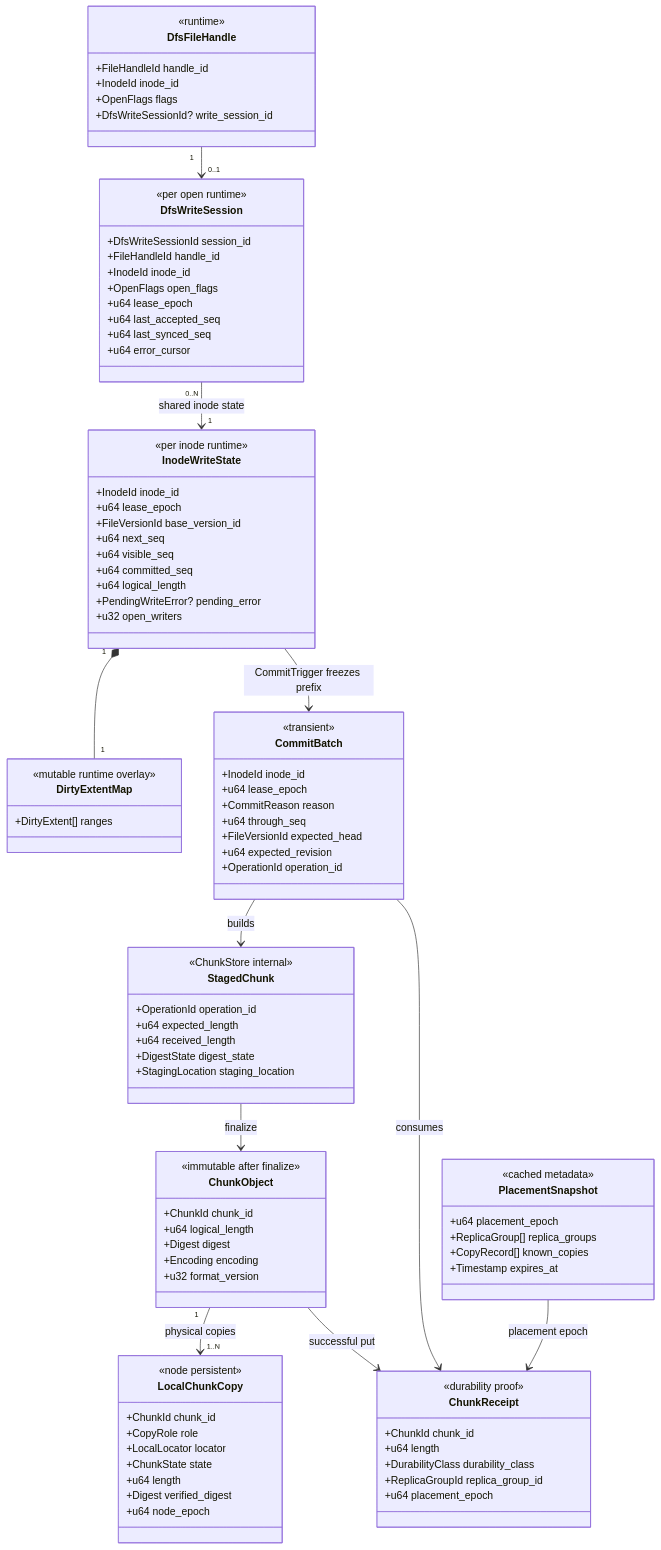
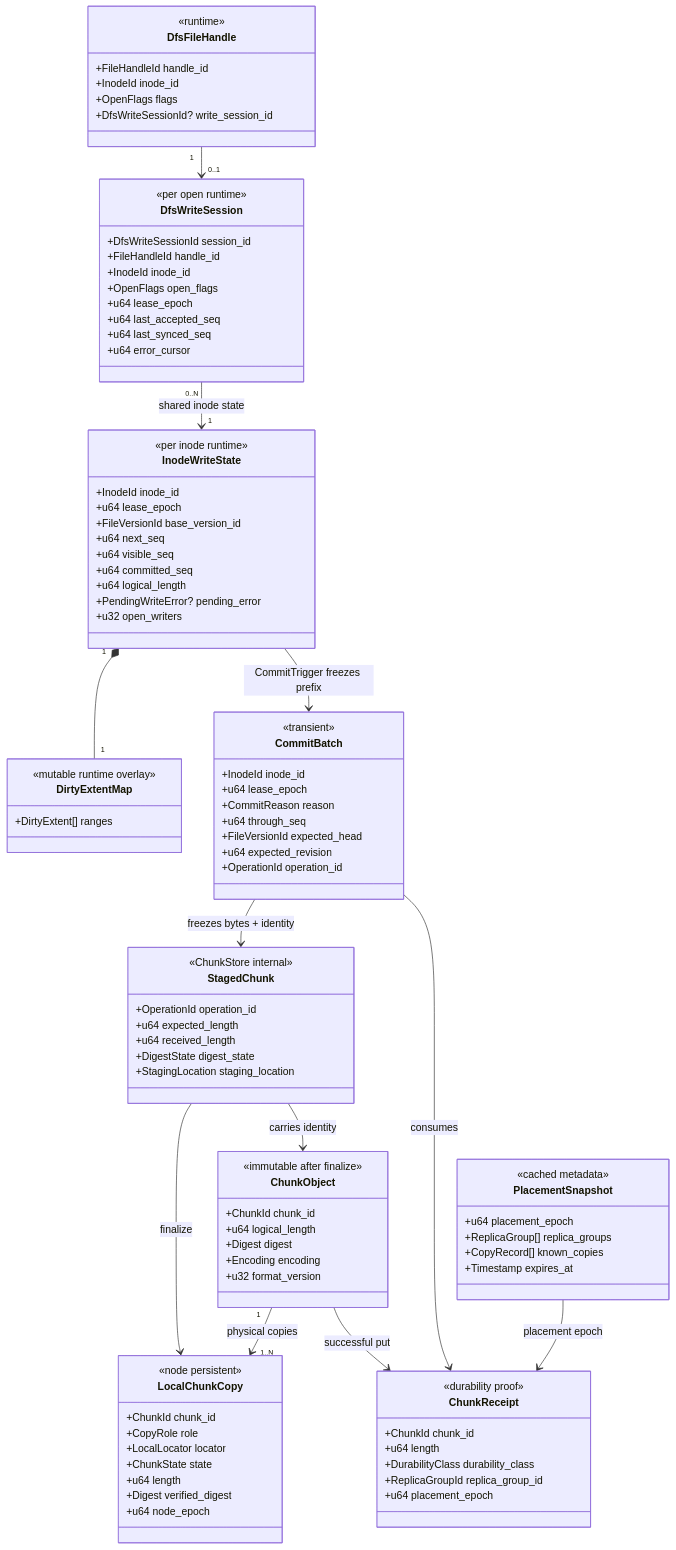
The fourth of 5 diagrams in docs/architecture/01-file-version-chunk-model.md (lelezi257/dms), drawn with Mermaid before and after one commit. The commit also changed other lines of this file and 10 other files, not shown here.

First line of the commit message:
Define the crash-safe local Chunk contract

```diff
--- a/docs/architecture/01-file-version-chunk-model.md
+++ b/docs/architecture/01-file-version-chunk-model.md
@@ -551,8 +551,9 @@
 DfsWriteSession "0..N" --> "1" InodeWriteState : shared inode state
 InodeWriteState "1" *-- "1" DirtyExtentMap
 InodeWriteState --> CommitBatch : CommitTrigger freezes prefix
-CommitBatch --> StagedChunk : builds
-StagedChunk --> ChunkObject : finalize
+CommitBatch --> StagedChunk : freezes bytes + identity
+StagedChunk --> LocalChunkCopy : finalize
+StagedChunk --> ChunkObject : carries identity
 ChunkObject "1" --> "1..N" LocalChunkCopy : physical copies
 ChunkObject --> ChunkReceipt : successful put
 CommitBatch --> ChunkReceipt : consumes
```
